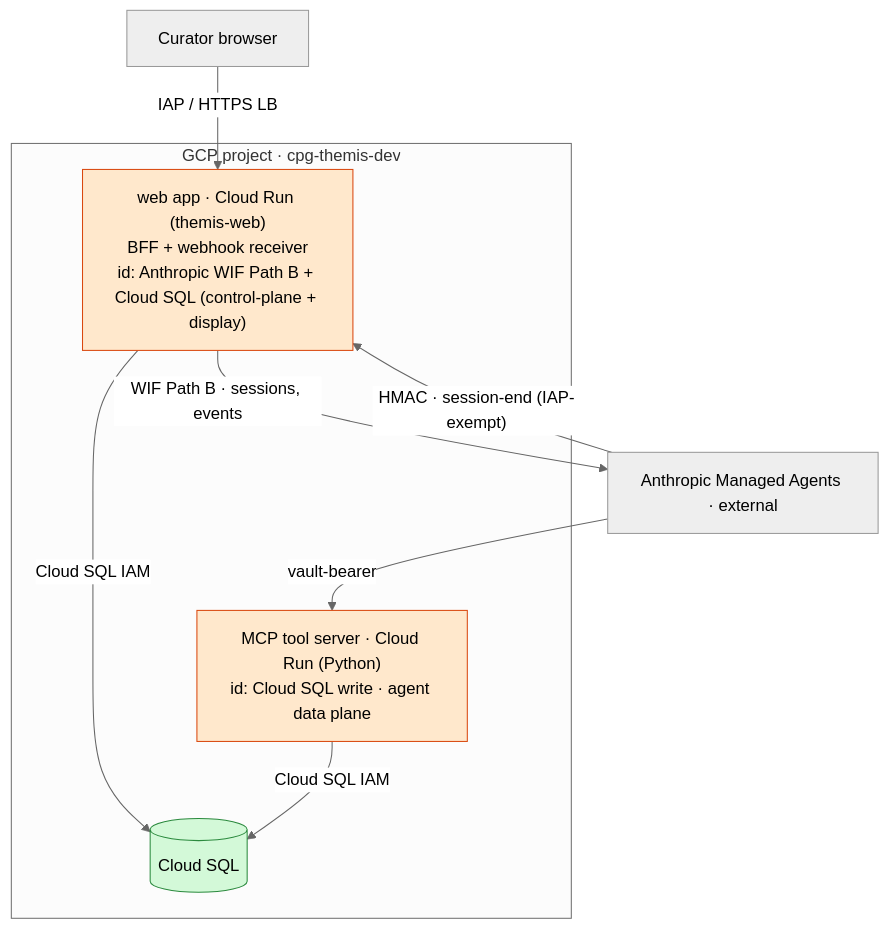
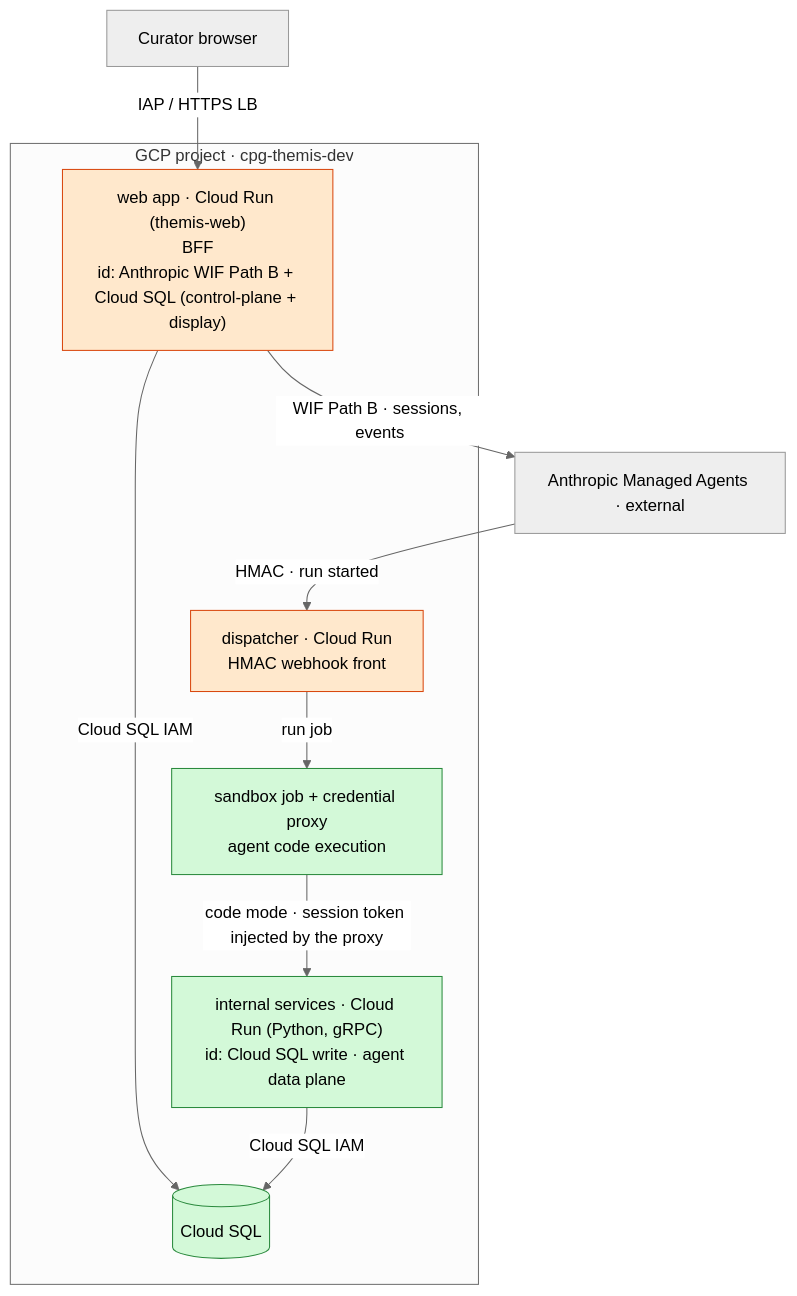
One commit to populationgenomics/themis changed the diagram in docs/design/spike-infrastructure.md. Above: the diagram before and after it, drawn with Mermaid (neutral theme). The commit also changed other lines of this file and 10 other files, not shown here.

````diff
--- a/docs/design/spike-infrastructure.md
+++ b/docs/design/spike-infrastructure.md
@@ -119,21 +118,24 @@
 ```mermaid
 flowchart TB
   browser["Curator browser"]
   ma["Anthropic Managed Agents · external"]
   subgraph gcp["GCP project · cpg-themis-dev"]
-    web["web app · Cloud Run (themis-web)<br/>BFF + webhook receiver<br/>id: Anthropic WIF Path B + Cloud SQL (control-plane + display)"]
-    mcp["MCP tool server · Cloud Run (Python)<br/>id: Cloud SQL write · agent data plane"]
+    web["web app · Cloud Run (themis-web)<br/>BFF<br/>id: Anthropic WIF Path B + Cloud SQL (control-plane + display)"]
+    disp["dispatcher · Cloud Run<br/>HMAC webhook front"]
+    sandbox["sandbox job + credential proxy<br/>agent code execution"]
+    svc["internal services · Cloud Run (Python, gRPC)<br/>id: Cloud SQL write · agent data plane"]
     sql[("Cloud SQL")]
   end
   browser -->|"IAP / HTTPS LB"| web
   web -->|"WIF Path B · sessions, events"| ma
-  ma -->|"HMAC · session-end (IAP-exempt)"| web
-  ma -->|"vault-bearer"| mcp
+  ma -->|"HMAC · run started"| disp
+  disp -->|"run job"| sandbox
+  sandbox -->|"code mode · session token injected by the proxy"| svc
   web -->|"Cloud SQL IAM"| sql
-  mcp -->|"Cloud SQL IAM"| sql
+  svc -->|"Cloud SQL IAM"| sql
 
   classDef public fill:#ffe8cc,stroke:#d9480f,color:#000
   classDef internal fill:#d3f9d8,stroke:#2b8a3e,color:#000
-  class web,mcp public
-  class sql internal
+  class web,disp public
+  class svc,sandbox,sql internal
 ```
````
